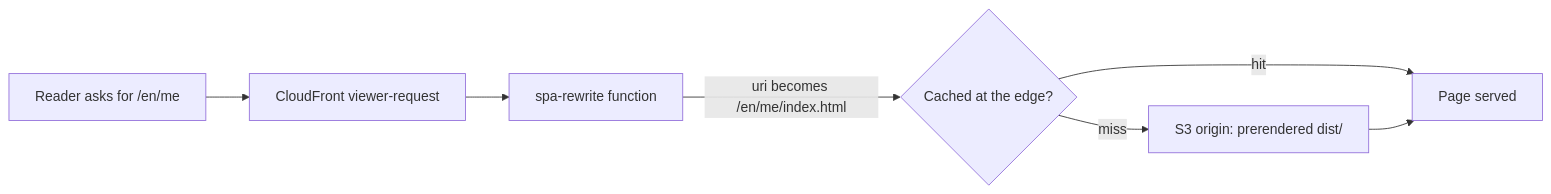
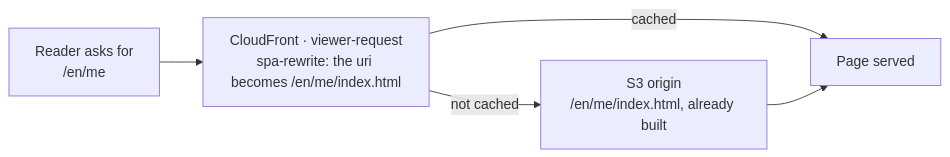
One commit to tedeuxx/tadeumendonca-io changed the second of 6 diagrams in apps/fed/src/content/architecture.en.md. Above: the diagram before and after it, drawn with Mermaid. The commit also changed other lines of this file and 12 other files, not shown here.

````diff
--- a/apps/fed/src/content/architecture.en.md
+++ b/apps/fed/src/content/architecture.en.md
@@ -40,11 +75,9 @@
 ```mermaid
 flowchart LR
   accTitle: How a request becomes a page
-  accDescr: A reader requests a slash-less URL. CloudFront runs the spa-rewrite function on viewer-request, which appends index.html. From there the path runs one way and rejoins at the end — a cache hit goes straight to the served page; a miss fetches the prerendered object from the S3 origin, and the origin leads to the same served page.
-  R["Reader asks for /en/me"] --> V["CloudFront viewer-request"]
-  V --> F["spa-rewrite function"]
-  F -- "uri becomes /en/me/index.html" --> C{"Cached at the edge?"}
-  C -- "hit" --> P["Page served"]
-  C -- "miss" --> S["S3 origin: prerendered dist/"]
+  accDescr: Three steps and one fork, left to right. A reader asks for /en/me, with no trailing slash. CloudFront runs the spa-rewrite function on viewer-request and the uri becomes /en/me/index.html. From there two paths end in the same place - if the object is cached at the edge the page is served straight away; if it is not, it is fetched as a prerendered file from the S3 origin, and that origin leads to the same served page. Nothing returns to an earlier step.
+  R["Reader asks for<br/>/en/me"] --> F["CloudFront · viewer-request<br/>spa-rewrite: the uri becomes /en/me/index.html"]
+  F -- "cached" --> P["Page served"]
+  F -- "not cached" --> S["S3 origin<br/>/en/me/index.html, already built"]
   S --> P
 ```
````
